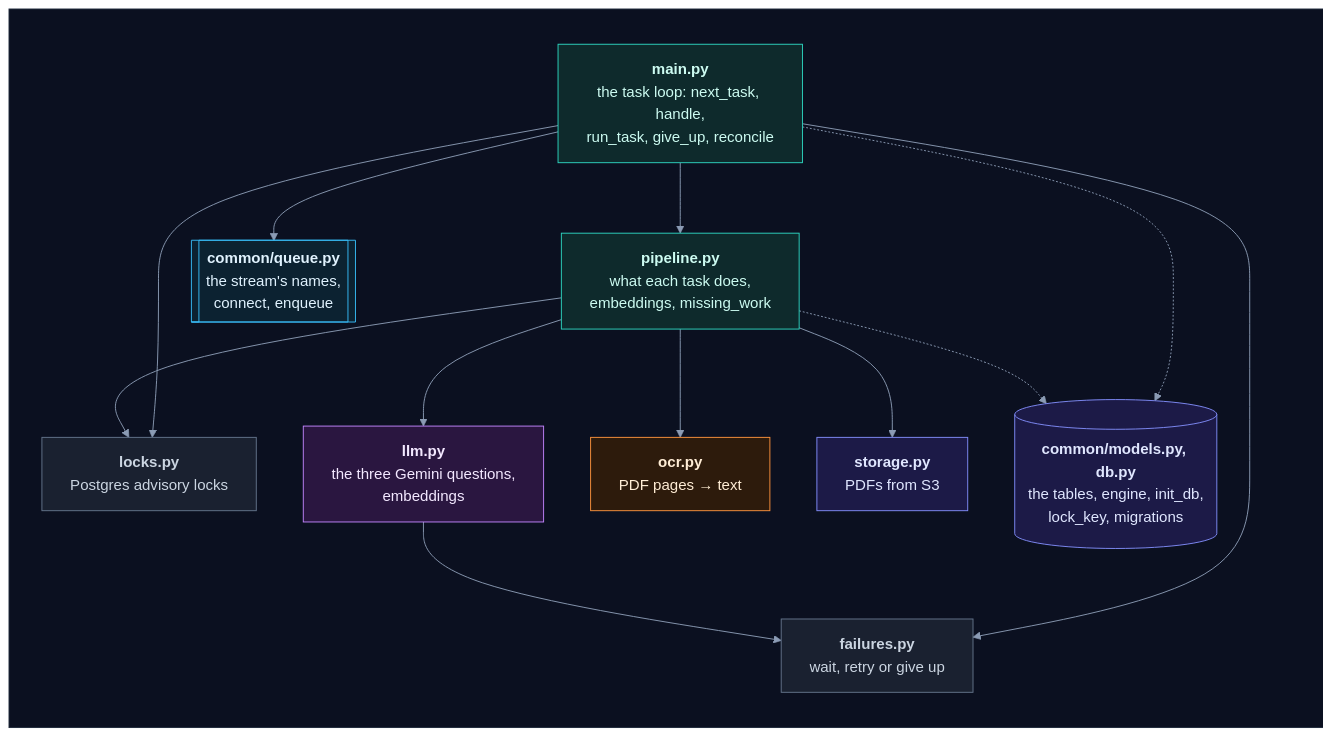
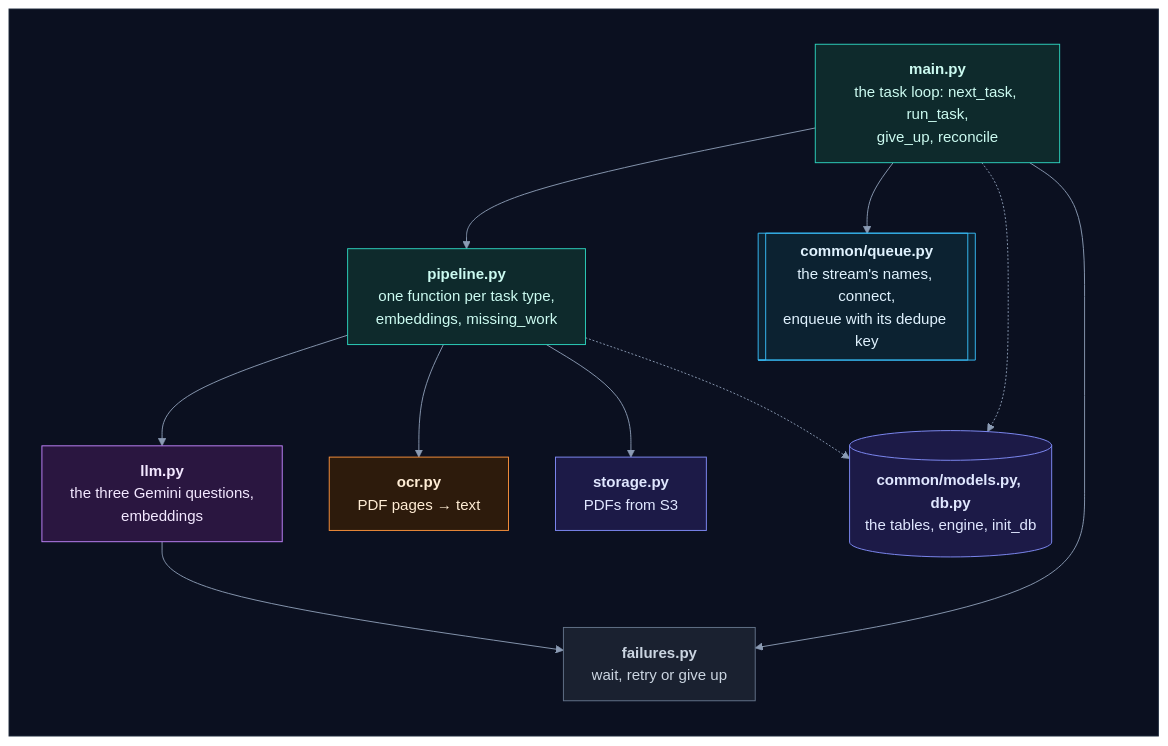
One commit to selvakumarperumal/Regulatory_Circular_Impact_Agent changed the second of 19 diagrams in backend/worker/INTERNALS.md. Above: the diagram before and after it, drawn with Mermaid. The commit also changed other lines of this file and 7 other files, not shown here.

Commit message:
Document the lock-free queue and policy status

````diff
--- a/backend/worker/INTERNALS.md
+++ b/backend/worker/INTERNALS.md
@@ -101,44 +101,41 @@
 ```mermaid
 %%{init: {"theme": "base", "flowchart": {"diagramPadding": 0}, "themeVariables": {"darkMode": true, "primaryColor": "#16213a", "primaryTextColor": "#e6edf7", "primaryBorderColor": "#475a7a", "lineColor": "#8b9bb4", "secondaryColor": "#1b2436", "tertiaryColor": "#101a2e", "edgeLabelBackground": "#0f172a", "textColor": "#e2e8f0", "clusterBkg": "#0f1728", "clusterBorder": "#2b3a55", "titleColor": "#c4b5fd", "nodeTextColor": "#e6edf7"}}}%%
 flowchart TB
     subgraph canvas[" "]
         direction TB
-        main["<b>main.py</b><br/>the task loop: next_task, handle,<br/>run_task, give_up, reconcile"]
-        pipeline["<b>pipeline.py</b><br/>what each task does,<br/>embeddings, missing_work"]
-        queue[["<b>common/queue.py</b><br/>the stream's names,<br/>connect, enqueue"]]
-        locks["<b>locks.py</b><br/>Postgres advisory locks"]
+        main["<b>main.py</b><br/>the task loop: next_task, run_task,<br/>give_up, reconcile"]
+        pipeline["<b>pipeline.py</b><br/>one function per task type,<br/>embeddings, missing_work"]
+        queue[["<b>common/queue.py</b><br/>the stream's names, connect,<br/>enqueue with its dedupe key"]]
         failures["<b>failures.py</b><br/>wait, retry or give up"]
         llm["<b>llm.py</b><br/>the three Gemini questions,<br/>embeddings"]
         ocr["<b>ocr.py</b><br/>PDF pages → text"]
         storage["<b>storage.py</b><br/>PDFs from S3"]
-        common[("<b>common/models.py, db.py</b><br/>the tables, engine, init_db,<br/>lock_key, migrations")]
+        common[("<b>common/models.py, db.py</b><br/>the tables, engine, init_db")]
         main --> pipeline
         main --> queue
-        main --> locks
         main --> failures
         pipeline --> llm
         pipeline --> ocr
         pipeline --> storage
-        pipeline --> locks
         llm --> failures
         main -.-> common
         pipeline -.-> common
     end
     classDef svc fill:#0e2a2c,stroke:#2dd4bf,color:#ccfbf1
     classDef data fill:#1c1a47,stroke:#818cf8,color:#e0e7ff
     classDef ext fill:#2a1640,stroke:#c084fc,color:#f3e8ff
     classDef gpu fill:#2d1b0c,stroke:#fb923c,color:#ffedd5
     classDef ask fill:#2a2410,stroke:#fbbf24,color:#fef3c7
     classDef ok fill:#0b2a1c,stroke:#34d399,color:#d1fae5
     classDef bad fill:#2e0f17,stroke:#fb7185,color:#ffe4e6
     classDef start fill:#1c2a0e,stroke:#a7ef6f,color:#ecfccb
     classDef muted fill:#1a2130,stroke:#64748b,color:#cbd5e1
     classDef queue fill:#0c2231,stroke:#38bdf8,color:#e0f2fe
     class main,pipeline svc
     class queue queue
-    class locks,failures muted
+    class failures muted
     class llm ext
     class ocr gpu
     class storage,common data
     style canvas fill:#0b1020,stroke:#1e293b,color:#0b1020
 ```
````
